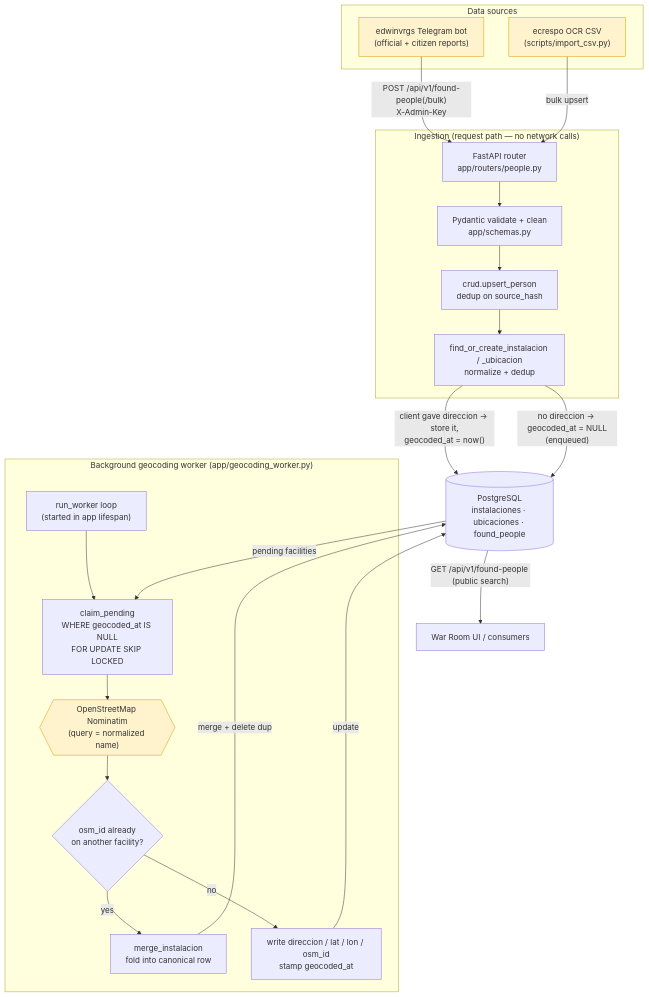
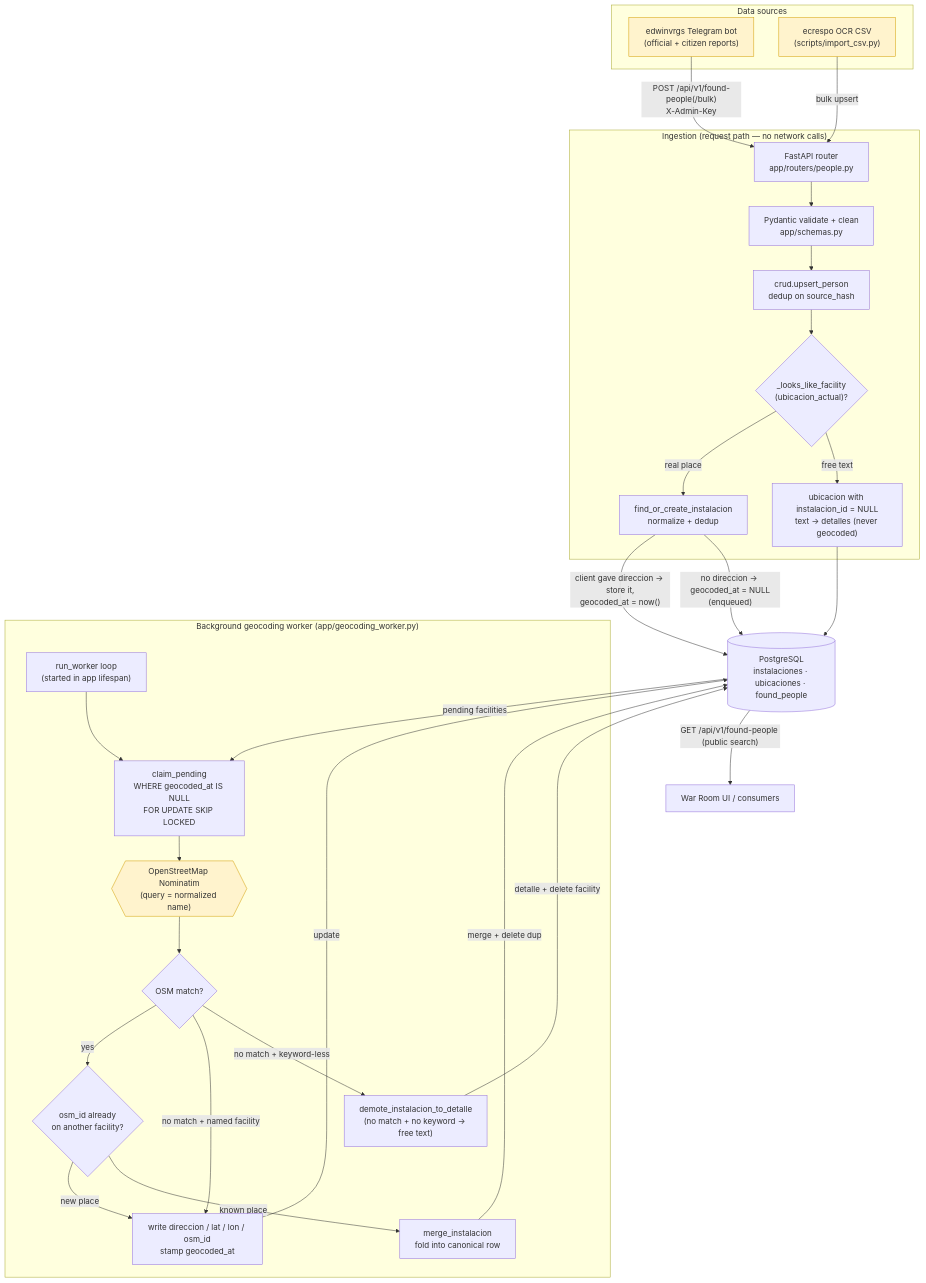
Before and after one commit to venezuela-war-room/api: the diagram in docs/etl-diagram.md, drawn with Mermaid. The commit also changed other lines of this file and 6 other files, not shown here.

````diff
--- a/docs/etl-diagram.md
+++ b/docs/etl-diagram.md
@@ -6,44 +6,55 @@
 ```mermaid
 flowchart TD
     subgraph sources["Data sources"]
         BOT["edwinvrgs Telegram bot<br/>(official + citizen reports)"]
         OCR["ecrespo OCR CSV<br/>(scripts/import_csv.py)"]
     end
 
     BOT -->|"POST /api/v1/found-people(/bulk)<br/>X-Admin-Key"| API
     OCR -->|"bulk upsert"| API
 
     subgraph ingest["Ingestion (request path — no network calls)"]
         API["FastAPI router<br/>app/routers/people.py"]
         VALIDATE["Pydantic validate + clean<br/>app/schemas.py"]
         UPSERT["crud.upsert_person<br/>dedup on source_hash"]
-        FACILITY["find_or_create_instalacion / _ubicacion<br/>normalize + dedup"]
-        API --> VALIDATE --> UPSERT --> FACILITY
+        GATE{"_looks_like_facility<br/>(ubicacion_actual)?"}
+        FACILITY["find_or_create_instalacion<br/>normalize + dedup"]
+        DETALLE["ubicacion with instalacion_id = NULL<br/>text → detalles (never geocoded)"]
+        API --> VALIDATE --> UPSERT --> GATE
+        GATE -->|"real place"| FACILITY
+        GATE -->|"free text"| DETALLE
     end
 
     FACILITY -->|"client gave direccion → store it,<br/>geocoded_at = now()"| DB
     FACILITY -->|"no direccion → geocoded_at = NULL<br/>(enqueued)"| DB
+    DETALLE --> DB
 
     DB[("PostgreSQL<br/>instalaciones · ubicaciones · found_people")]
 
     subgraph worker["Background geocoding worker (app/geocoding_worker.py)"]
         LOOP["run_worker loop<br/>(started in app lifespan)"]
         CLAIM["claim_pending<br/>WHERE geocoded_at IS NULL<br/>FOR UPDATE SKIP LOCKED"]
         OSM{{"OpenStreetMap Nominatim<br/>(query = normalized name)"}}
+        MATCH{"OSM match?"}
         DEDUP{"osm_id already<br/>on another facility?"}
         MERGE["merge_instalacion<br/>fold into canonical row"]
         WRITE["write direccion / lat / lon / osm_id<br/>stamp geocoded_at"]
-        LOOP --> CLAIM --> OSM --> DEDUP
-        DEDUP -->|"yes"| MERGE
-        DEDUP -->|"no"| WRITE
+        DEMOTE["demote_instalacion_to_detalle<br/>(no match + no keyword → free text)"]
+        LOOP --> CLAIM --> OSM --> MATCH
+        MATCH -->|"yes"| DEDUP
+        MATCH -->|"no match + named facility"| WRITE
+        MATCH -->|"no match + keyword-less"| DEMOTE
+        DEDUP -->|"new place"| WRITE
+        DEDUP -->|"known place"| MERGE
     end
 
     DB -->|"pending facilities"| CLAIM
     WRITE -->|"update"| DB
     MERGE -->|"merge + delete dup"| DB
+    DEMOTE -->|"detalle + delete facility"| DB
 
     DB -->|"GET /api/v1/found-people (public search)"| CONSUMERS["War Room UI / consumers"]
 
     classDef ext fill:#fff3cd,stroke:#d39e00;
     class OSM,BOT,OCR ext;
 ```
````
